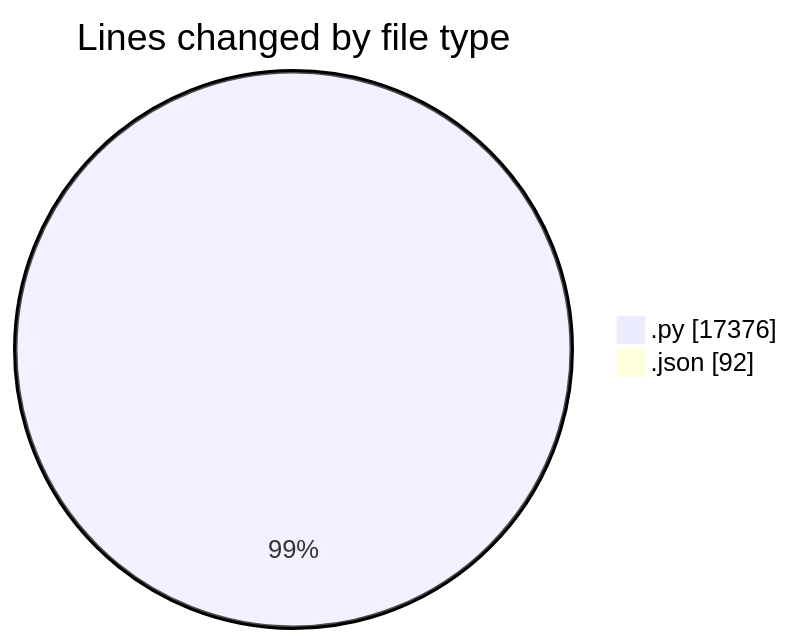
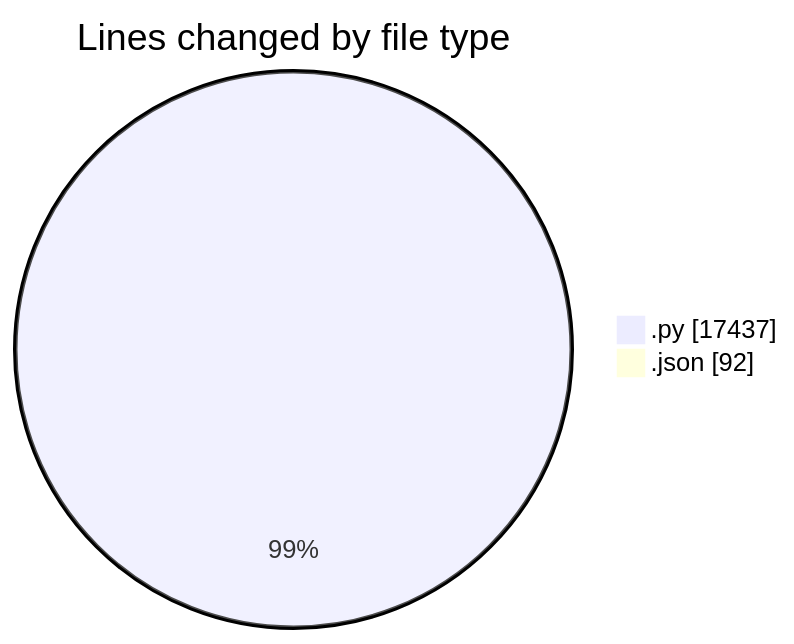
Before and after one commit to jrari/code-tracking: the first of 2 diagrams in 2025-07-13/telebot/README.md, drawn with Mermaid. The commit also changed other lines of this file and 1 other file, not shown here.

````diff
--- a/2025-07-13/telebot/README.md
+++ b/2025-07-13/telebot/README.md
@@ -46,6 +46,6 @@
 ```mermaid
 pie showData
 title Lines changed by file type
-".py" : 17376
+".py" : 17437
 ".json" : 92
 ```
````
